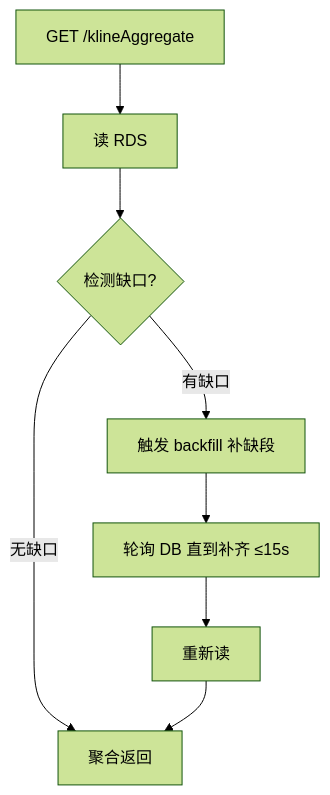
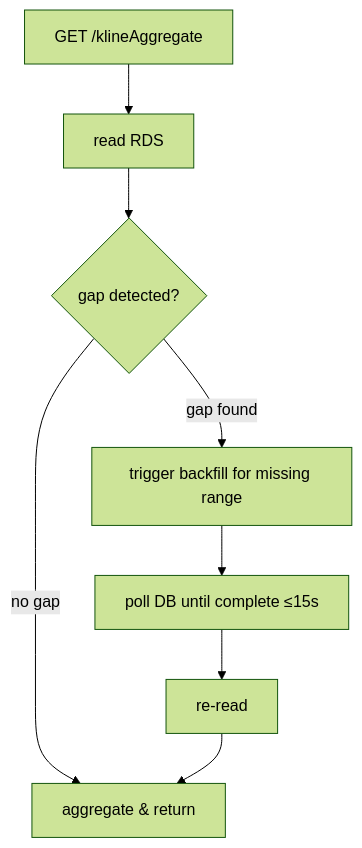
One commit to azc2003/KlineLoaderProject changed the fourth of 5 diagrams in README.md. Above: the diagram before and after it, drawn with Mermaid (forest theme). The commit also changed other lines of this file, not shown here.

````diff
--- a/README.md
+++ b/README.md
@@ -158,10 +158,10 @@
 ```mermaid
 flowchart TD
-    Q["GET /klineAggregate"] --> R["读 RDS"]
-    R --> CHK{"检测缺口?"}
-    CHK -->|无缺口| AGG["聚合返回"]
-    CHK -->|有缺口| BF["触发 backfill 补缺段"]
-    BF --> WAIT["轮询 DB 直到补齐 ≤15s"]
-    WAIT --> RE["重新读"]
+    Q["GET /klineAggregate"] --> R["read RDS"]
+    R --> CHK{"gap detected?"}
+    CHK -->|no gap| AGG["aggregate & return"]
+    CHK -->|gap found| BF["trigger backfill for missing range"]
+    BF --> WAIT["poll DB until complete ≤15s"]
+    WAIT --> RE["re-read"]
     RE --> AGG
 ```
````
